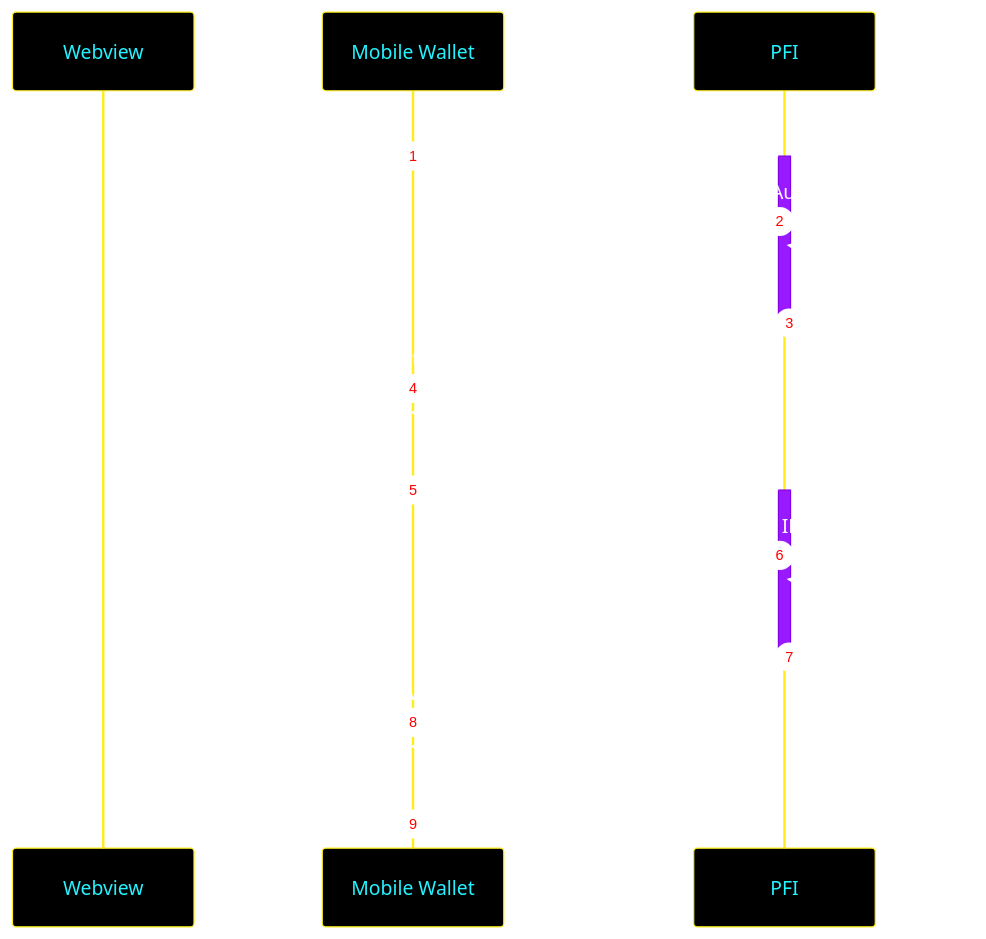
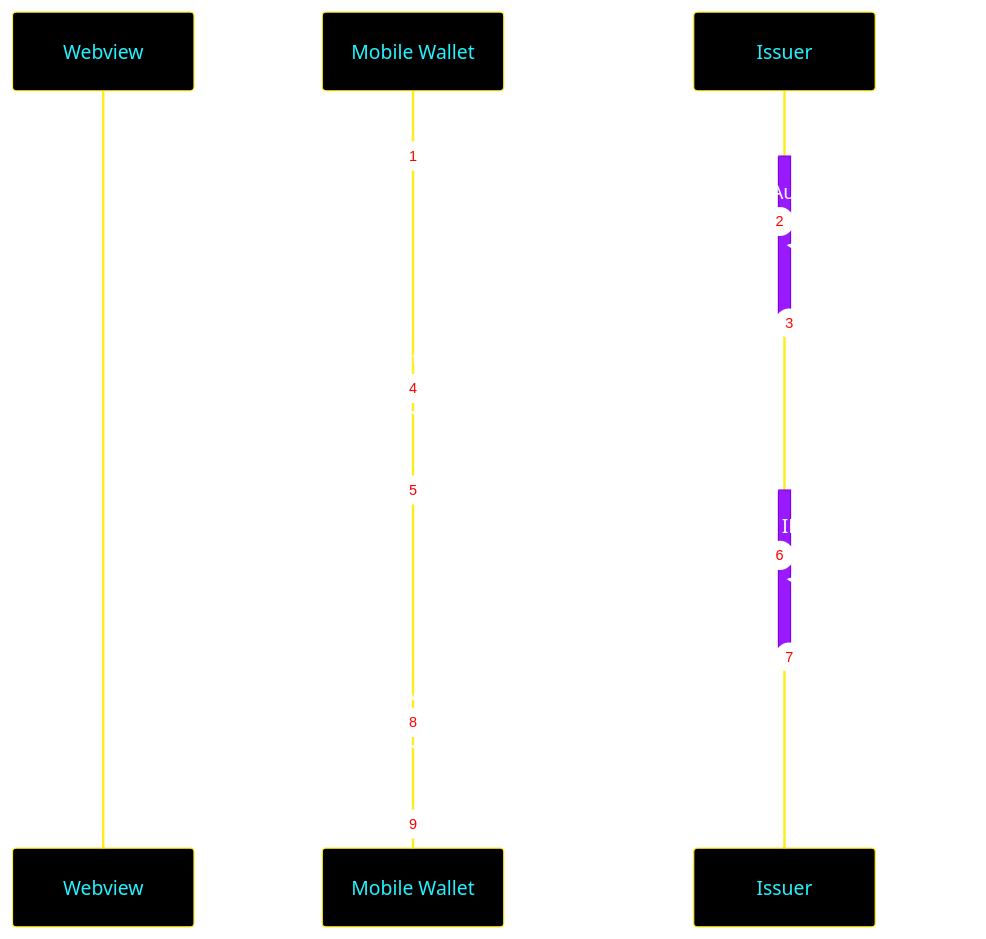
One commit to TBD54566975/developer.tbd.website changed the diagram in site/docs/tbdex/issuer/kcc/kcc-issuer.mdx. Above: the diagram before and after it, drawn with Mermaid. The commit also changed other lines of this file and 2 other files, not shown here.

Commit message:
updating credential and removing 'PFI'

````diff
--- a/site/docs/tbdex/issuer/kcc/kcc-issuer.mdx
+++ b/site/docs/tbdex/issuer/kcc/kcc-issuer.mdx
@@ -37,36 +37,36 @@
 ```mermaid
 %%{
   init: {
     'theme': 'base',
     'themeVariables': {
         'background': '#000',
         'primaryColor': '#333',
         'primaryTextColor': '#fff',
         'secondaryColor': '#9a1aff',
         'tertiaryColor': '#000',
         'fontFamily': 'IBM Plex Mono',
         'primaryBorderColor': '#ffec19',
         'actorTextColor': '#24f2ff',
         'actorBorder': '#ffec19',
         'actorBkg': '#000',
         'sequenceNumberColor': '#f00',
         'loopTextColor': '#24f2ff'
     }
   }
 }%%
 
 sequenceDiagram
 autonumber
 participant W as Webview
 participant D as Mobile Wallet
-participant P as PFI
-D->>+P: GET did:ex:pfi?service=IDV
-P->>P: Construct SIOPv2 Authorization Request
-P-->>-D: SIOPv2 Authorization Request
+participant I as Issuer
+D->>+I: GET did:ex:issuer?service=IDV
+I->>I: Construct SIOPv2 Authorization Request
+I-->>-D: SIOPv2 Authorization Request
 D->>D: Construct SIOPv2 Authorization Response
-D->>+P: SIOPv2 Authorization Response
-P->>P: Construct IDV Request
-P-->>-D: IDV Request
+D->>+I: SIOPv2 Authorization Response
+I->>I: Construct IDV Request
+I-->>-D: IDV Request
 D->>D: Verify IDV Request
 D->>W: Load URL in IDV Request
 ```
````
